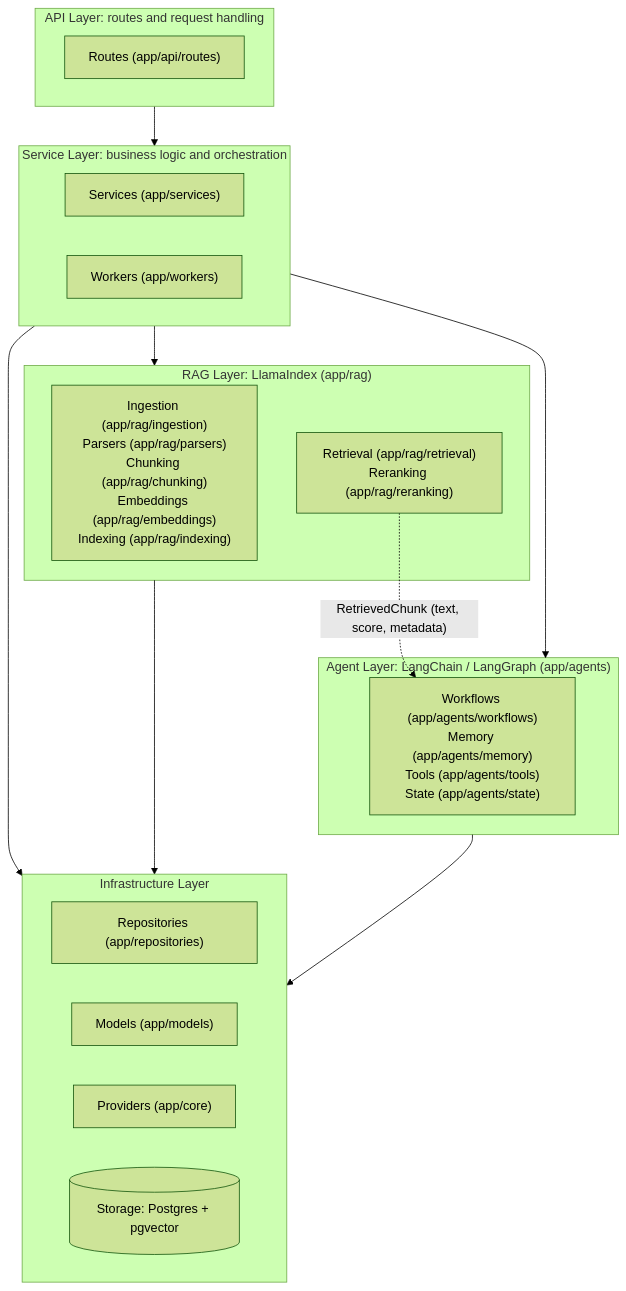
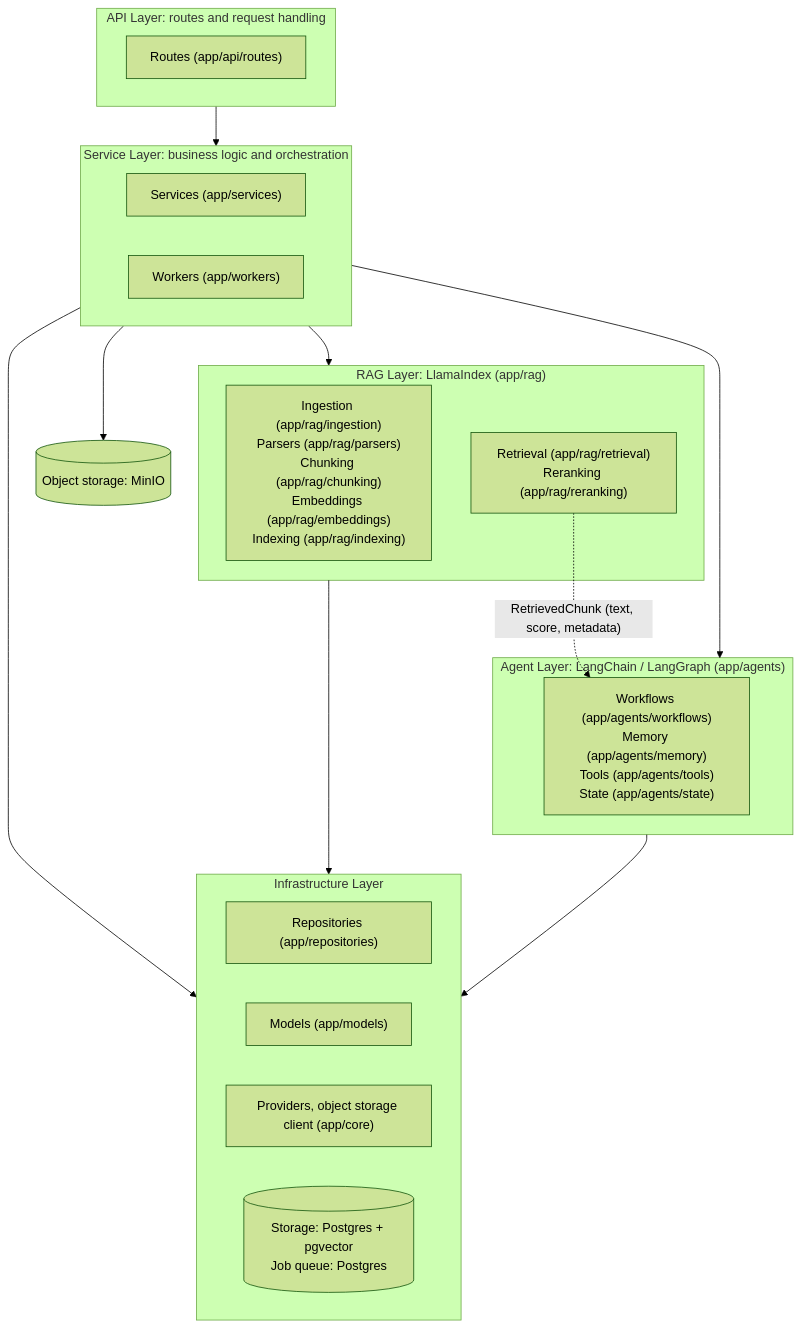
One commit to JosephSuyam/ragidy changed the second of 4 diagrams in docs/architecture/diagrams.md. Above: the diagram before and after it, drawn with Mermaid (forest theme). The commit also changed other lines of this file and 4 other files, not shown here.

First line of the commit message:
docs(docs): add ADR 0002 object storage and job queue

````diff
--- a/docs/architecture/diagrams.md
+++ b/docs/architecture/diagrams.md
@@ -20,30 +24,32 @@
 ```mermaid
 flowchart TD
   subgraph API["API Layer: routes and request handling"]
     routes["Routes (app/api/routes)"]
   end
   subgraph SERVICE["Service Layer: business logic and orchestration"]
     services["Services (app/services)"]
     workers["Workers (app/workers)"]
   end
   subgraph RAG["RAG Layer: LlamaIndex (app/rag)"]
     ingestion["Ingestion (app/rag/ingestion)<br/>Parsers (app/rag/parsers)<br/>Chunking (app/rag/chunking)<br/>Embeddings (app/rag/embeddings)<br/>Indexing (app/rag/indexing)"]
     retrieval["Retrieval (app/rag/retrieval)<br/>Reranking (app/rag/reranking)"]
   end
   subgraph AGENTS["Agent Layer: LangChain / LangGraph (app/agents)"]
     agentmods["Workflows (app/agents/workflows)<br/>Memory (app/agents/memory)<br/>Tools (app/agents/tools)<br/>State (app/agents/state)"]
   end
   subgraph INFRA["Infrastructure Layer"]
     repos["Repositories (app/repositories)"]
     models["Models (app/models)"]
-    providers["Providers (app/core)"]
-    storage[("Storage: Postgres + pgvector")]
+    providers["Providers, object storage client (app/core)"]
+    storage[("Storage: Postgres + pgvector<br/>Job queue: Postgres")]
   end
+  objstore[("Object storage: MinIO")]
   API --> SERVICE
   SERVICE --> RAG
   SERVICE --> AGENTS
   SERVICE --> INFRA
+  SERVICE --> objstore
   RAG --> INFRA
   AGENTS --> INFRA
   retrieval -.->|"RetrievedChunk (text, score, metadata)"| agentmods
 ```
````
